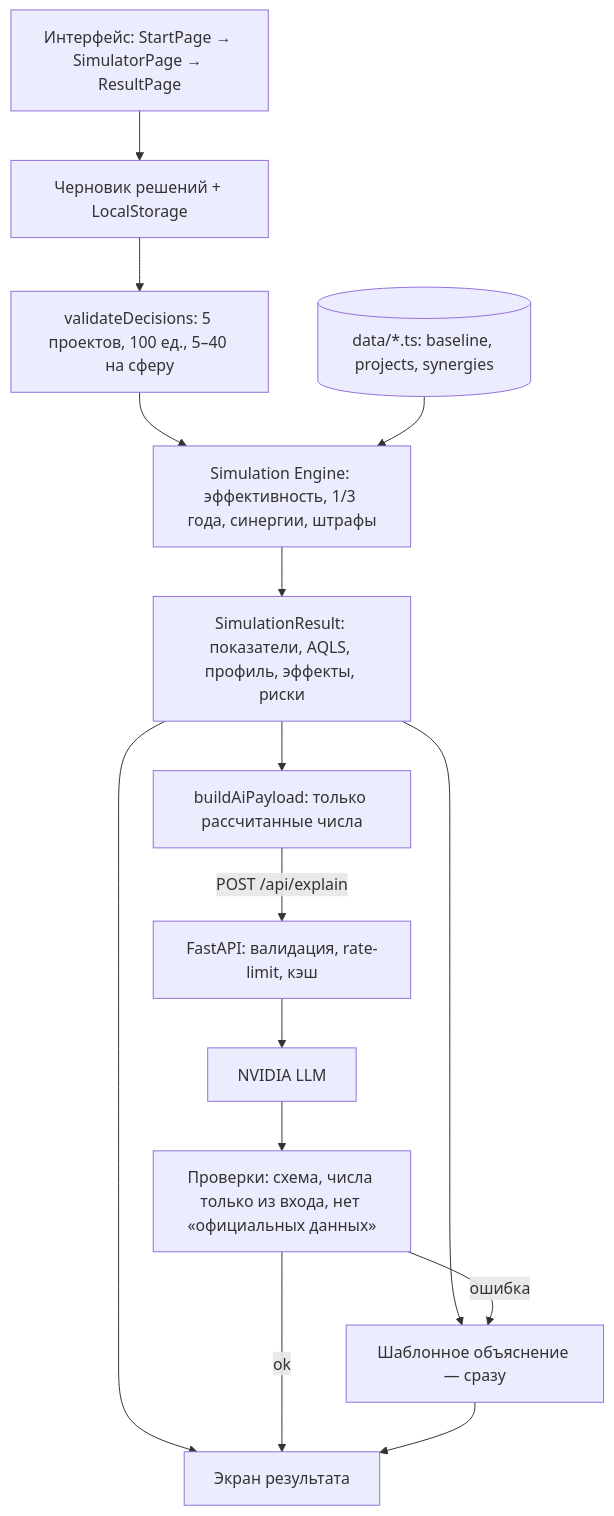
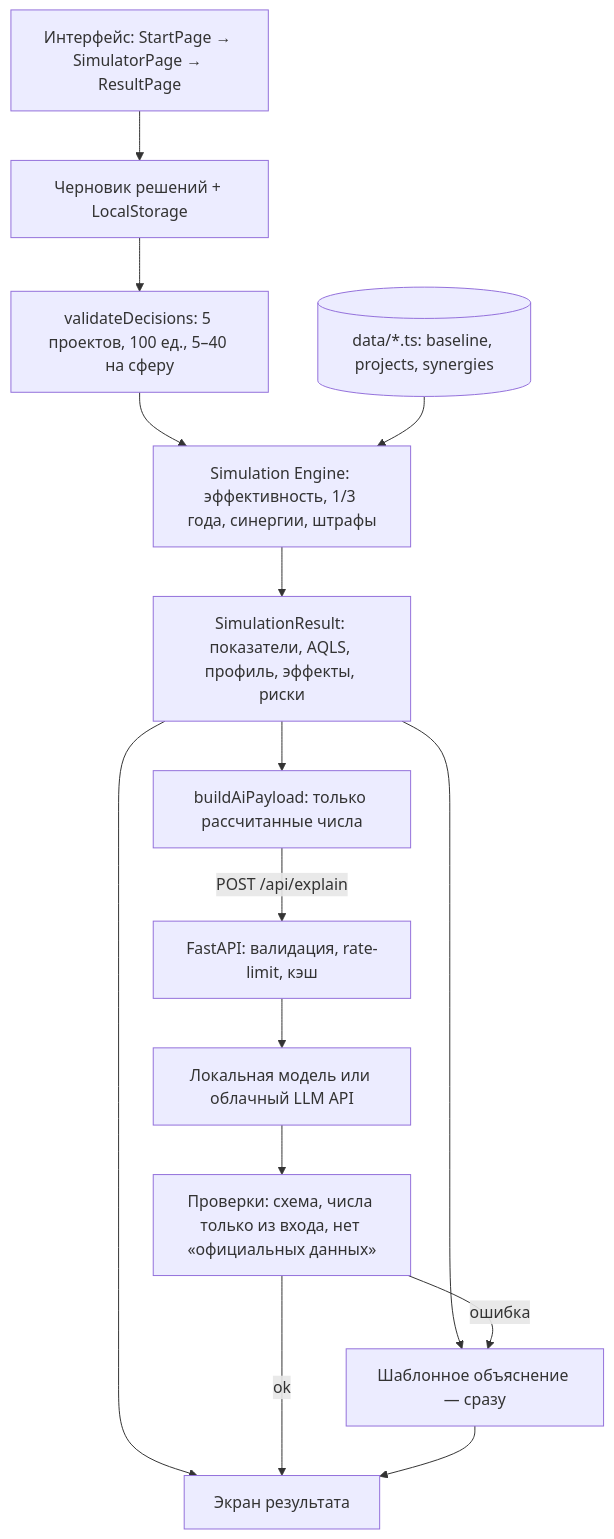
One commit to BAITC-Hacks/hack-e9acc52d-bezdarez changed the diagram in README.md. Above: the diagram before and after it, drawn with Mermaid. The commit also changed other lines of this file and 67 other files, not shown here.

````diff
--- a/README.md
+++ b/README.md
@@ -42,17 +43,17 @@
 ```mermaid
 flowchart TD
     UI[Интерфейс: StartPage → SimulatorPage → ResultPage] --> S[Черновик решений + LocalStorage]
     S --> V[validateDecisions: 5 проектов, 100 ед., 5–40 на сферу]
     V --> E[Simulation Engine: эффективность, 1/3 года, синергии, штрафы]
     D[(data/*.ts: baseline, projects, synergies)] --> E
     E --> R[SimulationResult: показатели, AQLS, профиль, эффекты, риски]
     R --> UI2[Экран результата]
     R --> F[Шаблонное объяснение — сразу]
     R --> P[buildAiPayload: только рассчитанные числа]
     P -->|POST /api/explain| API[FastAPI: валидация, rate-limit, кэш]
-    API --> LLM[NVIDIA LLM]
+    API --> LLM[Локальная модель или облачный LLM API]
     LLM --> G[Проверки: схема, числа только из входа, нет «официальных данных»]
     G -->|ok| UI2
     G -->|ошибка| F
     F --> UI2
 ```
````
